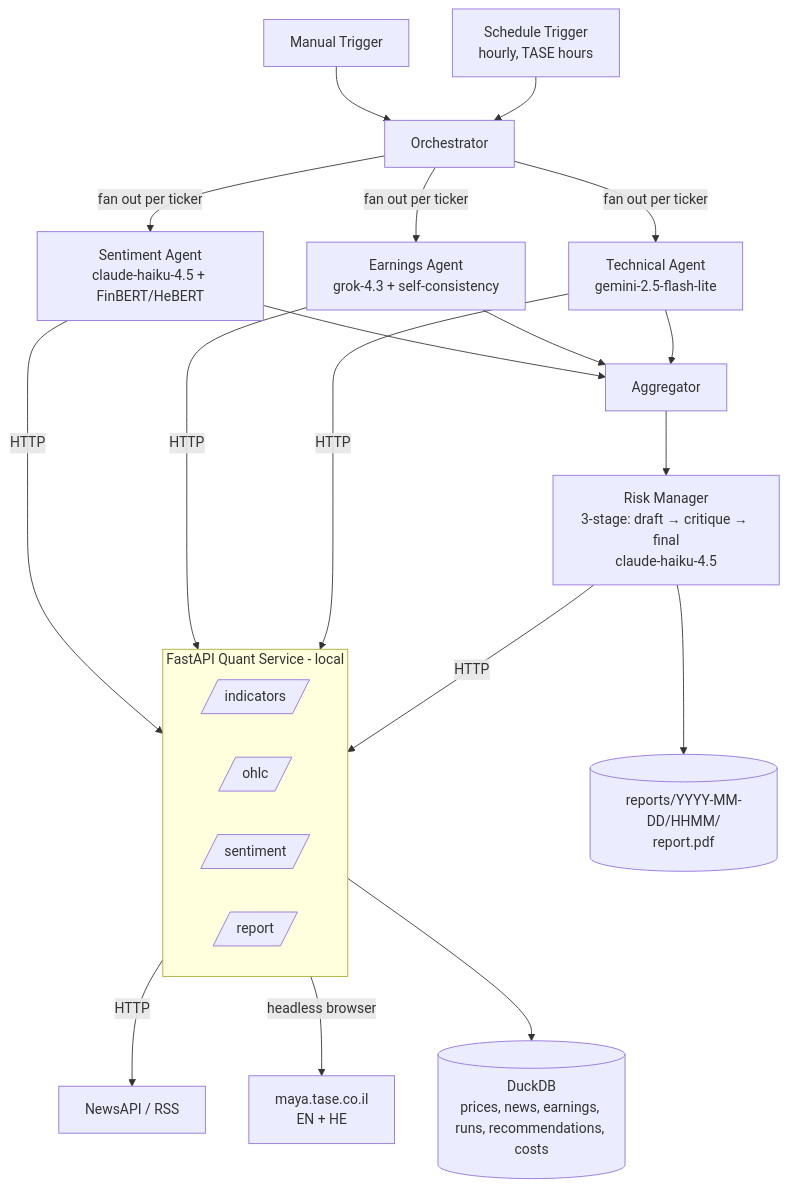
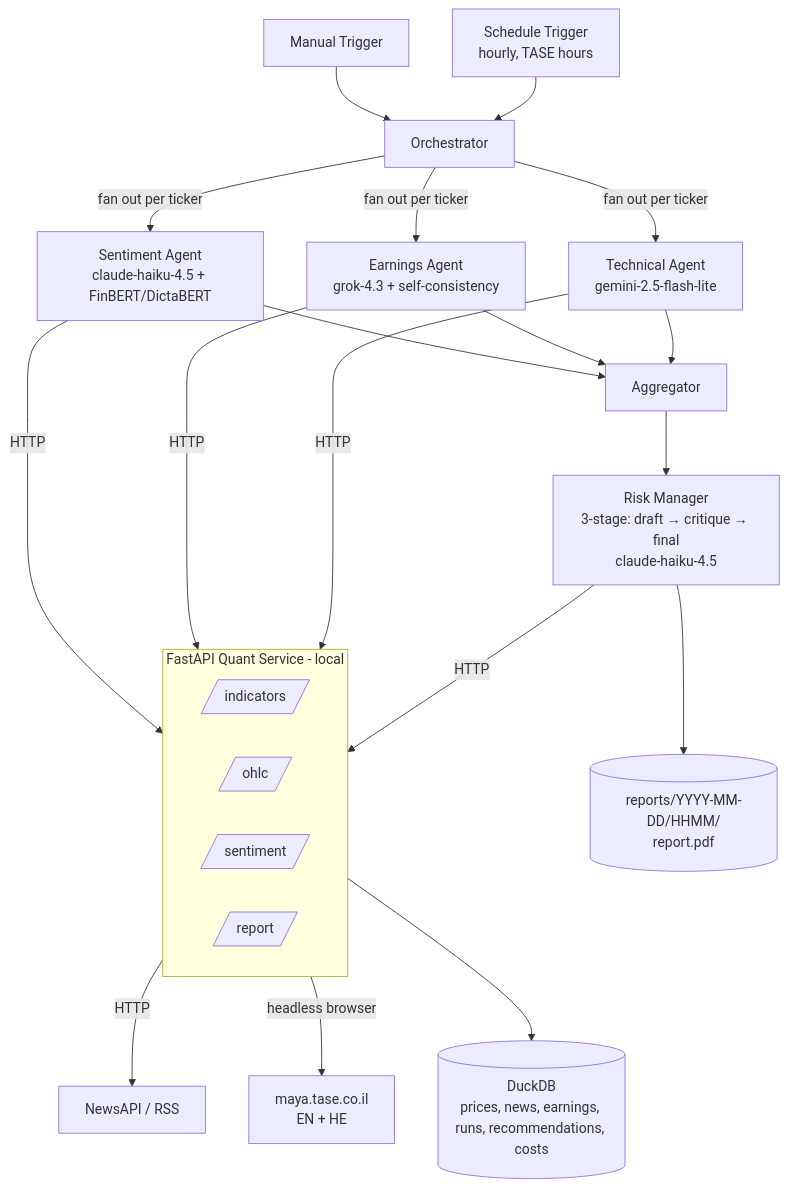
Before and after one commit to gilbarel1/algotrade-project: the diagram in docs/design.md, drawn with Mermaid. The commit also changed other lines of this file and 8 other files, not shown here.

````diff
--- a/docs/design.md
+++ b/docs/design.md
@@ -33,32 +33,32 @@
 ```mermaid
 flowchart TD
     T1[Manual Trigger] --> ORC[Orchestrator]
     T2[Schedule Trigger<br/>hourly, TASE hours] --> ORC
 
-    ORC -->|fan out per ticker| SA[Sentiment Agent<br/>claude-haiku-4.5 + FinBERT/HeBERT]
+    ORC -->|fan out per ticker| SA[Sentiment Agent<br/>claude-haiku-4.5 + FinBERT/DictaBERT]
     ORC -->|fan out per ticker| EA[Earnings Agent<br/>grok-4.3 + self-consistency]
     ORC -->|fan out per ticker| TA[Technical Agent<br/>gemini-2.5-flash-lite]
 
     SA -->|HTTP| QS
     QS -->|HTTP| NEWS[NewsAPI / RSS]
     EA -->|HTTP| QS
     QS -->|headless browser| MAYA[maya.tase.co.il<br/>EN + HE]
     TA -->|HTTP| QS
 
     SA --> AGG[Aggregator]
     EA --> AGG
     TA --> AGG
 
     AGG --> RM[Risk Manager<br/>3-stage: draft → critique → final<br/>claude-haiku-4.5]
     RM -->|HTTP| QS
 
     subgraph QS[FastAPI Quant Service - local]
         F1[/indicators/]
         F2[/ohlc/]
         F3[/sentiment/]
         F4[/report/]
     end
 
     QS --> CACHE[(DuckDB<br/>prices, news, earnings, runs, recommendations, costs)]
     RM --> PDF[(reports/YYYY-MM-DD/HHMM/<br/>report.pdf)]
 ```
````
